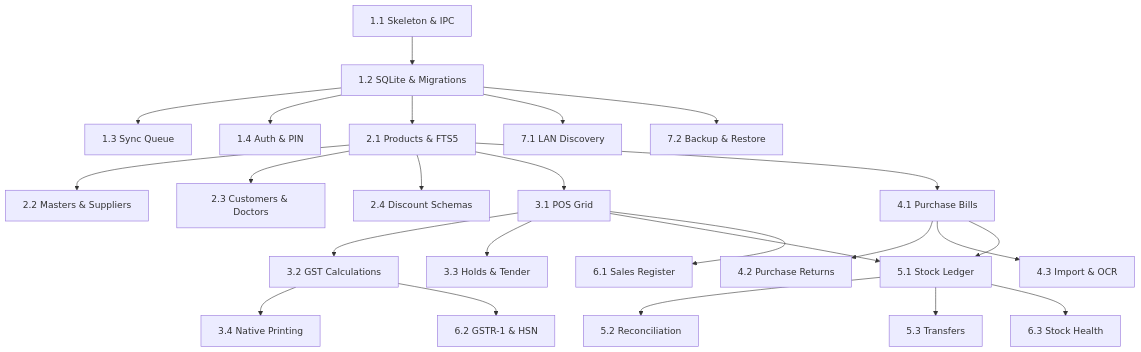
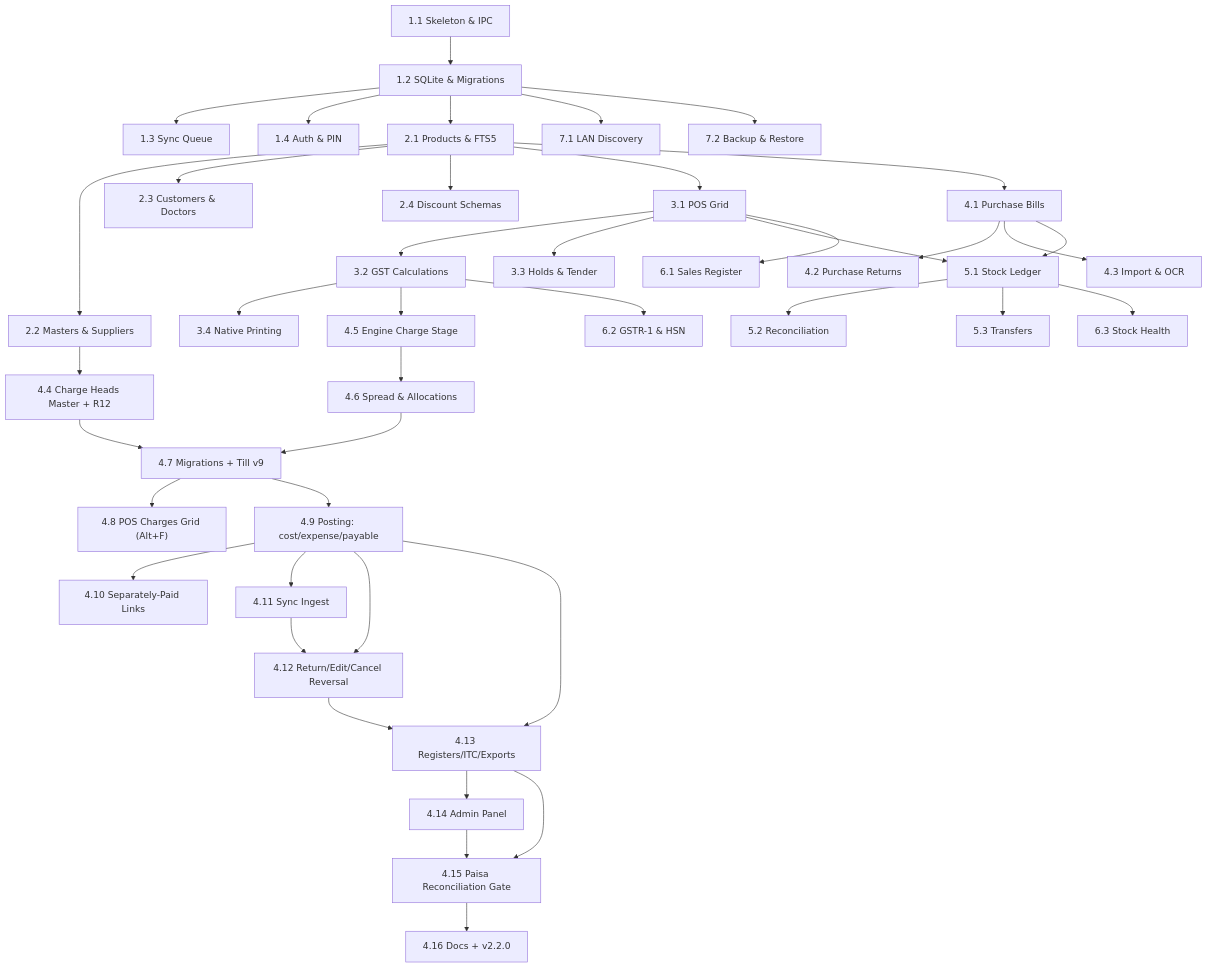
One commit to alverstonegroupofcompanies/lamsuite-billing changed the diagram in specs/03-tasks.md. Above: the diagram before and after it, drawn with Mermaid. The commit also changed other lines of this file and 864 other files, not shown here.

````diff
--- a/specs/03-tasks.md
+++ b/specs/03-tasks.md
@@ -176,32 +300,50 @@
 ```mermaid
 flowchart TD
     T1_1["1.1 Skeleton & IPC"] --> T1_2["1.2 SQLite & Migrations"]
     T1_2 --> T1_3["1.3 Sync Queue"]
     T1_2 --> T1_4["1.4 Auth & PIN"]
 
     T1_2 --> T2_1["2.1 Products & FTS5"]
     T2_1 --> T2_2["2.2 Masters & Suppliers"]
     T2_1 --> T2_3["2.3 Customers & Doctors"]
     T2_1 --> T2_4["2.4 Discount Schemas"]
 
     T2_1 --> T3_1["3.1 POS Grid"]
     T3_1 --> T3_2["3.2 GST Calculations"]
     T3_1 --> T3_3["3.3 Holds & Tender"]
     T3_2 --> T3_4["3.4 Native Printing"]
 
     T2_1 --> T4_1["4.1 Purchase Bills"]
     T4_1 --> T4_2["4.2 Purchase Returns"]
     T4_1 --> T4_3["4.3 Import & OCR"]
 
+    T2_2 --> T4C_4["4.4 Charge Heads Master + R12"]
+    T3_2 --> T4C_5["4.5 Engine Charge Stage"]
+    T4C_5 --> T4C_6["4.6 Spread & Allocations"]
+    T4C_4 --> T4C_7["4.7 Migrations + Till v9"]
+    T4C_6 --> T4C_7
+    T4C_7 --> T4C_8["4.8 POS Charges Grid (Alt+F)"]
+    T4C_7 --> T4C_9["4.9 Posting: cost/expense/payable"]
+    T4C_9 --> T4C_10["4.10 Separately-Paid Links"]
+    T4C_9 --> T4C_11["4.11 Sync Ingest"]
+    T4C_9 --> T4C_12["4.12 Return/Edit/Cancel Reversal"]
+    T4C_11 --> T4C_12
+    T4C_9 --> T4C_13["4.13 Registers/ITC/Exports"]
+    T4C_12 --> T4C_13
+    T4C_13 --> T4C_14["4.14 Admin Panel"]
+    T4C_13 --> T4C_15["4.15 Paisa Reconciliation Gate"]
+    T4C_14 --> T4C_15
+    T4C_15 --> T4C_16["4.16 Docs + v2.2.0"]
+
     T3_1 --> T5_1["5.1 Stock Ledger"]
     T4_1 --> T5_1
     T5_1 --> T5_2["5.2 Reconciliation"]
     T5_1 --> T5_3["5.3 Transfers"]
 
     T3_1 --> T6_1["6.1 Sales Register"]
     T3_2 --> T6_2["6.2 GSTR-1 & HSN"]
     T5_1 --> T6_3["6.3 Stock Health"]
 
     T1_2 --> T7_1["7.1 LAN Discovery"]
     T1_2 --> T7_2["7.2 Backup & Restore"]
 ```
````
